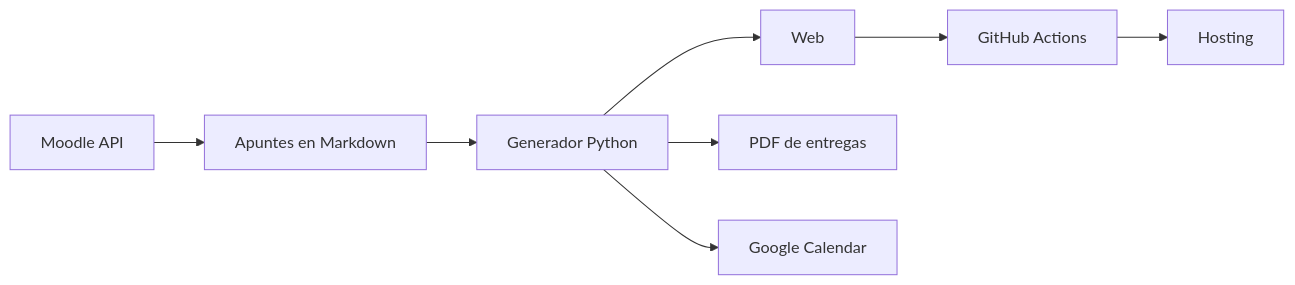
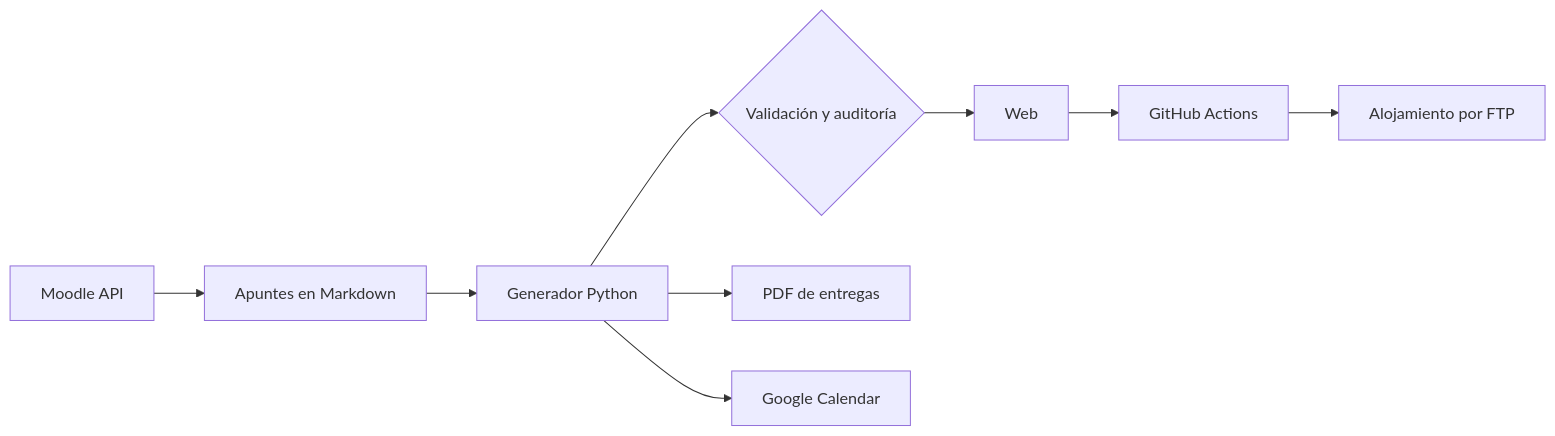
The diagram in README.md (daniroca5/proyectos-con-ia), drawn with Mermaid before and after one commit. The commit also changed other lines of this file, not shown here.

````diff
--- a/README.md
+++ b/README.md
@@ -42,8 +60,9 @@
 ```mermaid
 flowchart LR
     M[Moodle API] --> A[Apuntes en Markdown]
     A --> G[Generador Python]
-    G --> W[Web] --> GH[GitHub Actions] --> H[Hosting]
+    G --> V{Validación y auditoría}
+    V --> W[Web] --> GH[GitHub Actions] --> H[Alojamiento por FTP]
     G --> P[PDF de entregas]
     G --> C[Google Calendar]
 ```
````
